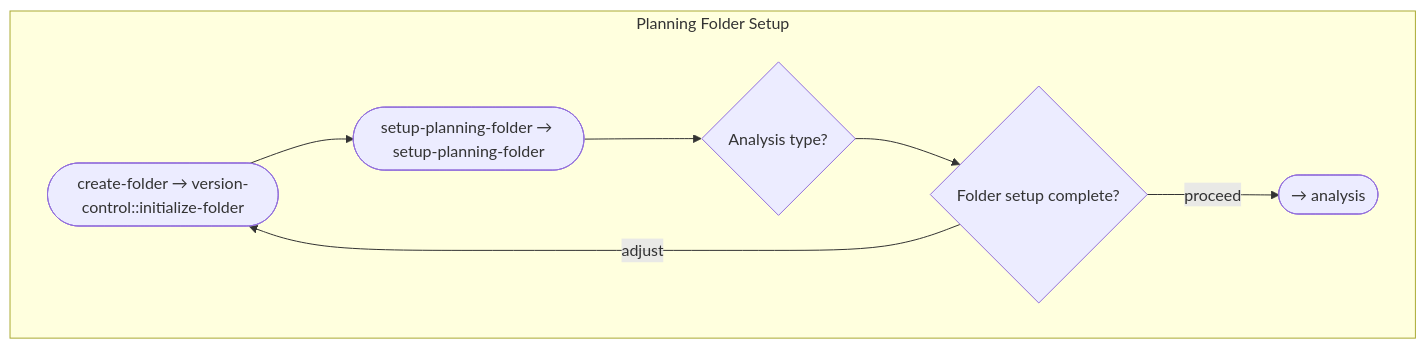
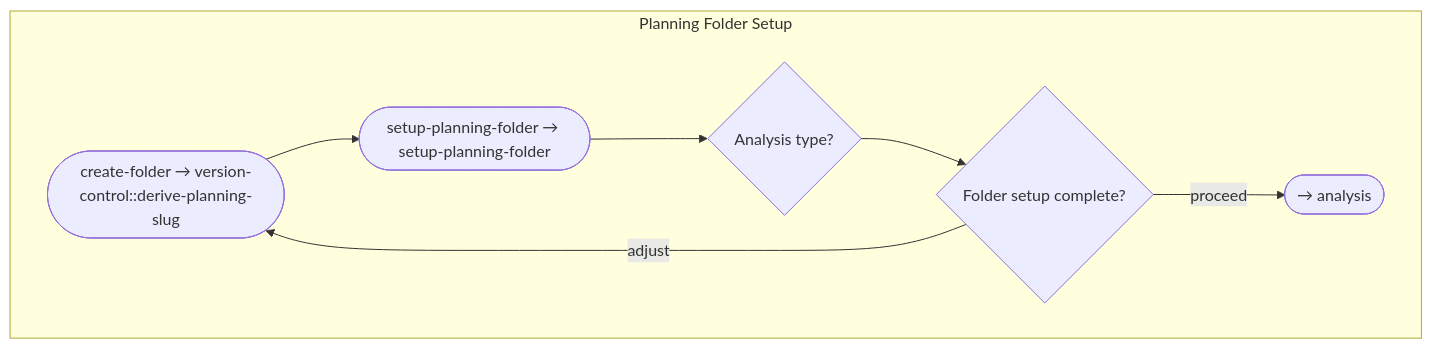
The third of 8 diagrams in work-packages/README.md (m2ux/workflow-server), drawn with Mermaid before and after one commit. The commit also changed other lines of this file and 74 other files, not shown here.

````diff
--- a/work-packages/README.md
+++ b/work-packages/README.md
@@ -71,13 +71,13 @@
 ```mermaid
 graph TD
     subgraph folder-setup[Planning Folder Setup]
-        f1([create-folder → version-control::initialize-folder])
+        f1([create-folder → version-control::derive-planning-slug])
         f2([setup-planning-folder → setup-planning-folder])
         cpType{Analysis type?}
         cp1{Folder setup complete?}
 
         f1 --> f2 --> cpType --> cp1
         cp1 -->|proceed| Next([→ analysis])
         cp1 -->|adjust| f1
     end
 ```
````
